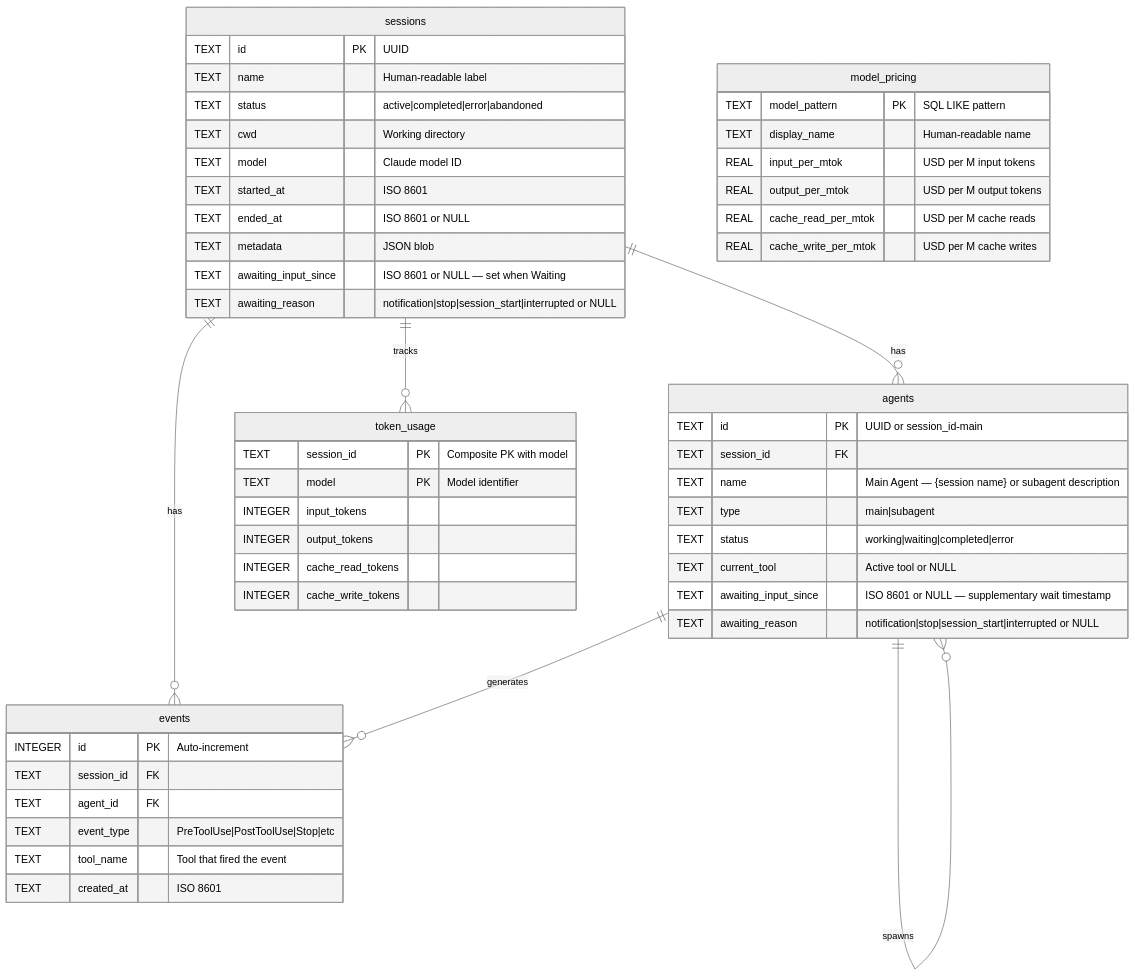
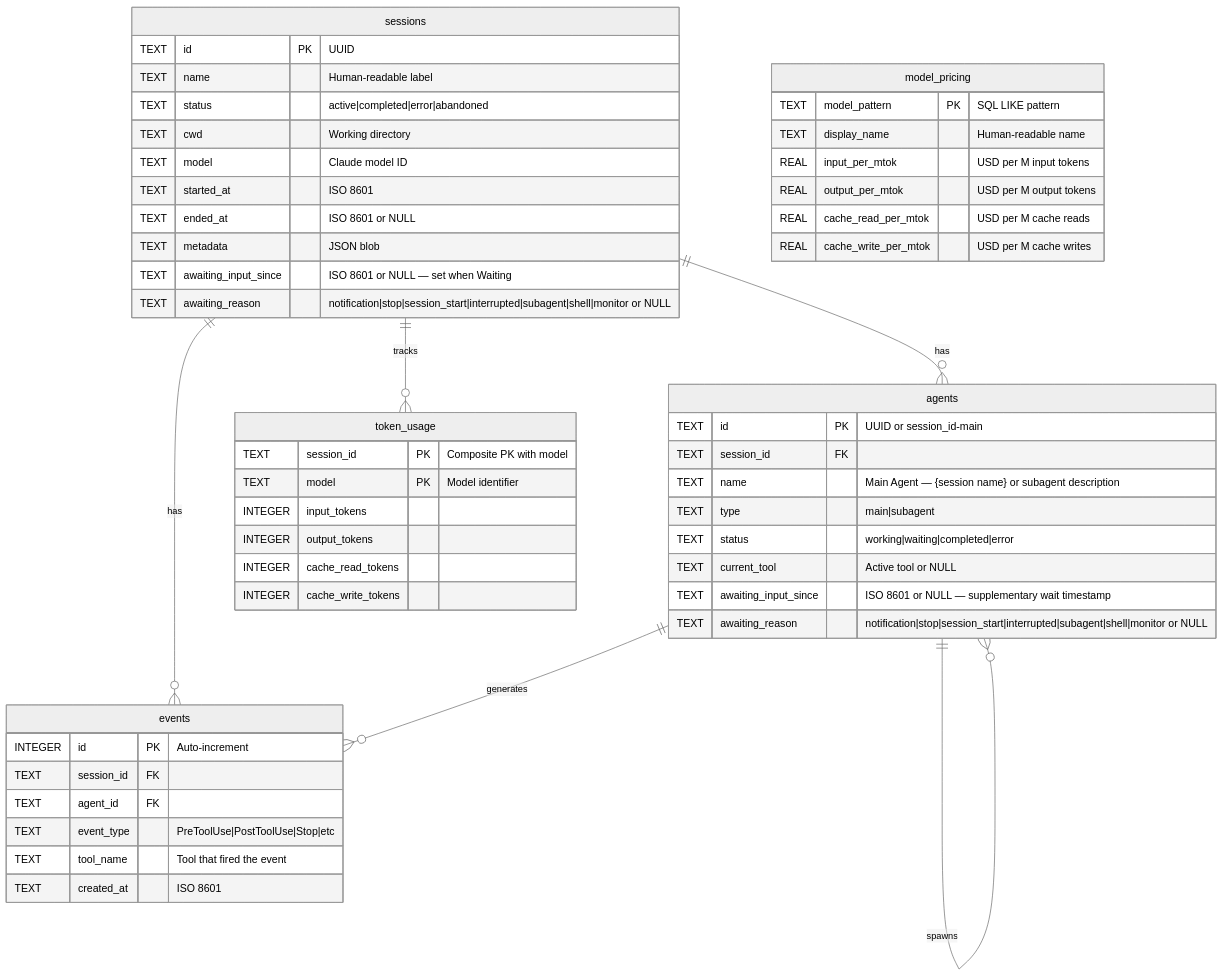
Before and after one commit to hoangsonww/Claude-Code-Agent-Monitor: diagram 16 of 23 in README-KO.md, drawn with Mermaid (neutral theme). The commit also changed other lines of this file and 28 other files, not shown here.

First line of the commit message:
feat(status): distinguish subagent/shell/monitor as active-work awaiting reasons

````diff
--- a/README-KO.md
+++ b/README-KO.md
@@ -1762,59 +1762,59 @@
 ```mermaid
 erDiagram
     sessions ||--o{ agents : has
     sessions ||--o{ events : has
     sessions ||--o{ token_usage : tracks
     agents ||--o{ events : generates
     agents ||--o{ agents : spawns
 
     sessions {
         TEXT id PK "UUID"
         TEXT name "Human-readable label"
         TEXT status "active|completed|error|abandoned"
         TEXT cwd "Working directory"
         TEXT model "Claude model ID"
         TEXT started_at "ISO 8601"
         TEXT ended_at "ISO 8601 or NULL"
         TEXT metadata "JSON blob"
         TEXT awaiting_input_since "ISO 8601 or NULL — set when Waiting"
-        TEXT awaiting_reason "notification|stop|session_start|interrupted or NULL"
+        TEXT awaiting_reason "notification|stop|session_start|interrupted|subagent|shell|monitor or NULL"
     }
 
     agents {
         TEXT id PK "UUID or session_id-main"
         TEXT session_id FK
         TEXT name "Main Agent — {session name} or subagent description"
         TEXT type "main|subagent"
         TEXT status "working|waiting|completed|error"
         TEXT current_tool "Active tool or NULL"
         TEXT awaiting_input_since "ISO 8601 or NULL — supplementary wait timestamp"
-        TEXT awaiting_reason "notification|stop|session_start|interrupted or NULL"
+        TEXT awaiting_reason "notification|stop|session_start|interrupted|subagent|shell|monitor or NULL"
     }
 
     events {
         INTEGER id PK "Auto-increment"
         TEXT session_id FK
         TEXT agent_id FK
         TEXT event_type "PreToolUse|PostToolUse|Stop|etc"
         TEXT tool_name "Tool that fired the event"
         TEXT created_at "ISO 8601"
     }
 
     token_usage {
         TEXT session_id PK "Composite PK with model"
         TEXT model PK "Model identifier"
         INTEGER input_tokens
         INTEGER output_tokens
         INTEGER cache_read_tokens
         INTEGER cache_write_tokens
     }
 
     model_pricing {
         TEXT model_pattern PK "SQL LIKE pattern"
         TEXT display_name "Human-readable name"
         REAL input_per_mtok "USD per M input tokens"
         REAL output_per_mtok "USD per M output tokens"
         REAL cache_read_per_mtok "USD per M cache reads"
         REAL cache_write_per_mtok "USD per M cache writes"
     }
 ```
````
